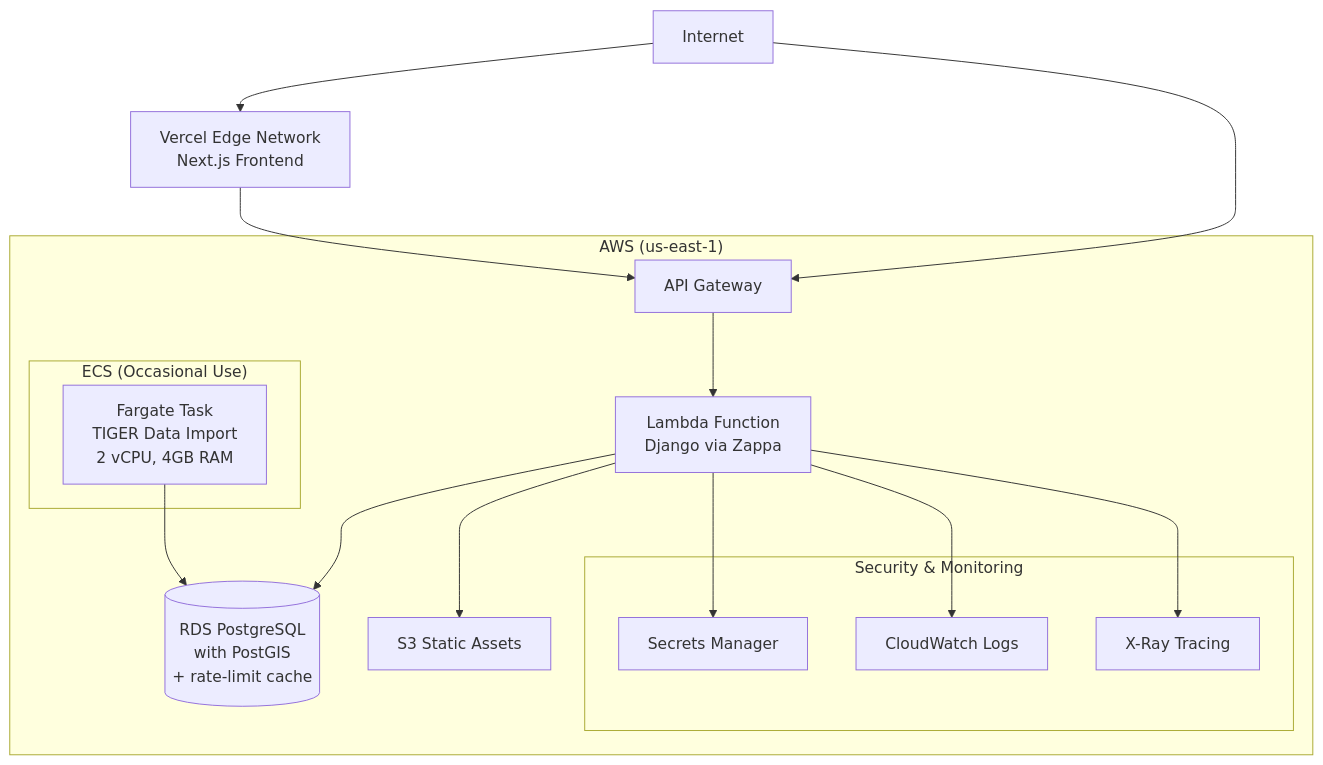
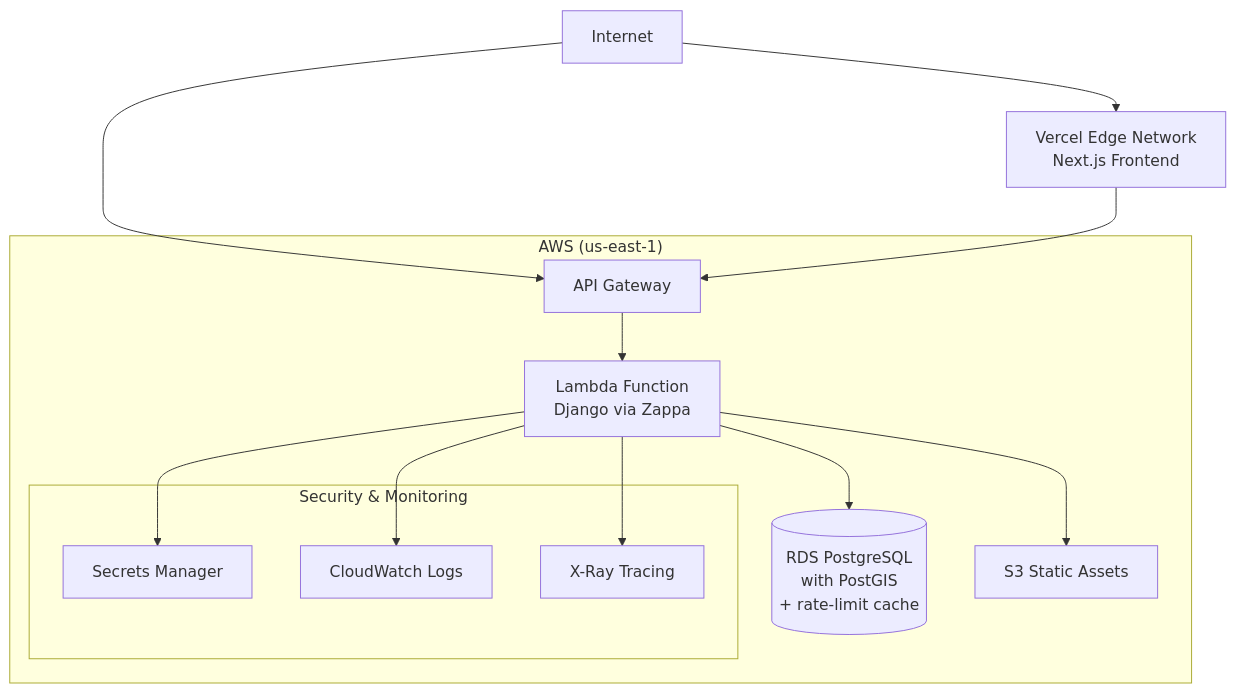
One commit to lhadjchikh/coalition-builder changed the diagram in terraform/README.md. Above: the diagram before and after it, drawn with Mermaid. The commit also changed other lines of this file and 4 other files, not shown here.

````diff
--- a/terraform/README.md
+++ b/terraform/README.md
@@ -78,31 +78,25 @@
 ```mermaid
 %%{init: {'theme':'basic'}}%%
 flowchart TB
     internet[Internet] --> vercel[Vercel Edge Network<br/>Next.js Frontend]
     internet --> apigateway[API Gateway]
 
     subgraph aws["AWS (us-east-1)"]
         apigateway --> lambda[Lambda Function<br/>Django via Zappa]
 
         lambda --> rds[(RDS PostgreSQL<br/>with PostGIS<br/>+ rate-limit cache)]
         lambda --> s3[S3 Static Assets]
-
-        subgraph ecs_occasional["ECS (Occasional Use)"]
-            ecs_task[Fargate Task<br/>TIGER Data Import<br/>2 vCPU, 4GB RAM]
-        end
-
-        ecs_task --> rds
 
         subgraph security["Security & Monitoring"]
             secrets[Secrets Manager]
             cloudwatch[CloudWatch Logs]
             xray[X-Ray Tracing]
         end
 
         lambda --> secrets
         lambda --> cloudwatch
         lambda --> xray
     end
 
     vercel --> apigateway
 ```
````
